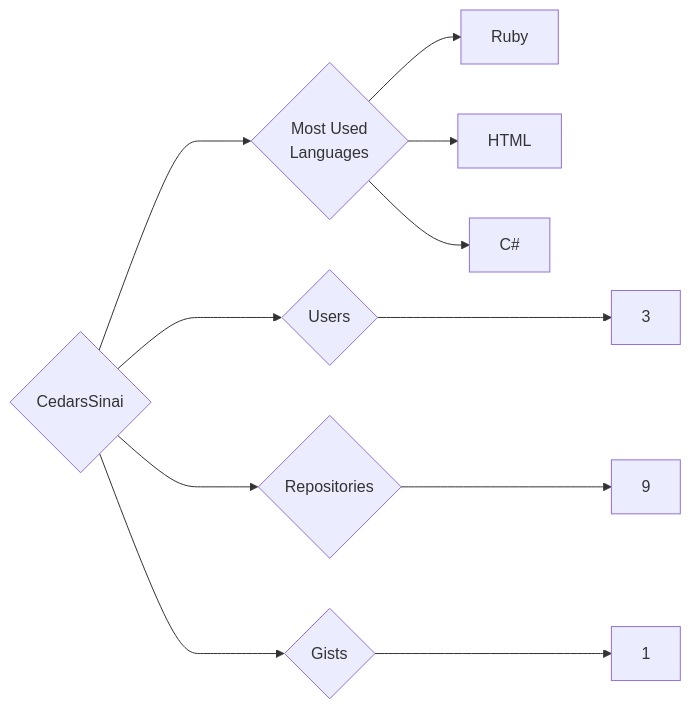
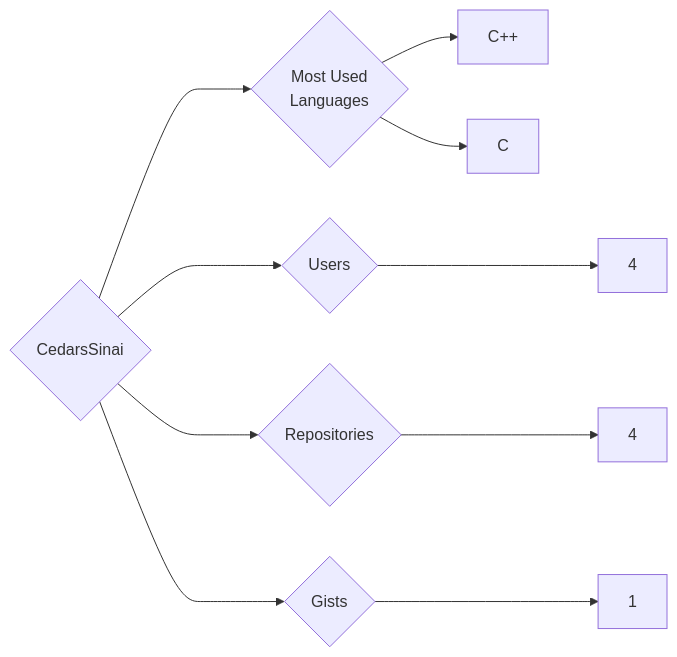
One commit to trickest/insiders changed the diagram in targets/CedarsSinai/README.md. Above: the diagram before and after it, drawn with Mermaid. The commit also changed 1023 other files, not shown here.

````diff
--- a/targets/CedarsSinai/README.md
+++ b/targets/CedarsSinai/README.md
@@ -3,11 +3,10 @@
 ```mermaid
 graph LR
 COMPANY_NAME{CedarsSinai}
-COMPANY_NAME ---> U{Users} ---> UN[3]
-COMPANY_NAME ---> R{Repositories} ---> RN[9]
+COMPANY_NAME ---> U{Users} ---> UN[4]
+COMPANY_NAME ---> R{Repositories} ---> RN[4]
 COMPANY_NAME ---> G{Gists} ---> GN[1]
 COMPANY_NAME ---> ML{Most Used<br>Languages}
-ML --> Ruby[Ruby]
-ML --> HTML[HTML]
-ML --> C#[C#]
+ML --> C++[C++]
+ML --> C[C]
 ```
````
